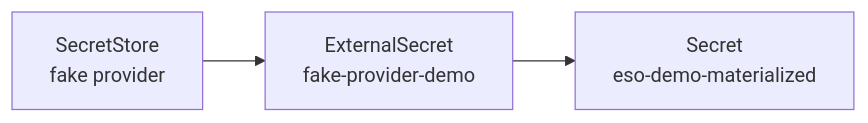
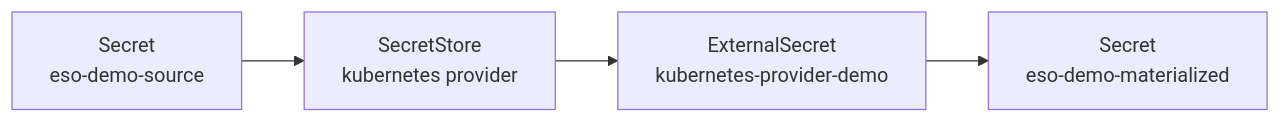
One commit to nickromney/platform changed diagram 11 of 11 in kubernetes/kind/README.md. Above: the diagram before and after it, drawn with Mermaid. The commit also changed other lines of this file and 2 other files, not shown here.

````diff
--- a/kubernetes/kind/README.md
+++ b/kubernetes/kind/README.md
@@ -566,5 +566,6 @@
 ```mermaid
 flowchart LR
-    store["SecretStore<br/>fake provider"] --> ext["ExternalSecret<br/>fake-provider-demo"]
+    source["Secret<br/>eso-demo-source"] --> store["SecretStore<br/>kubernetes provider"]
+    store --> ext["ExternalSecret<br/>kubernetes-provider-demo"]
     ext --> secret["Secret<br/>eso-demo-materialized"]
 ```
````
